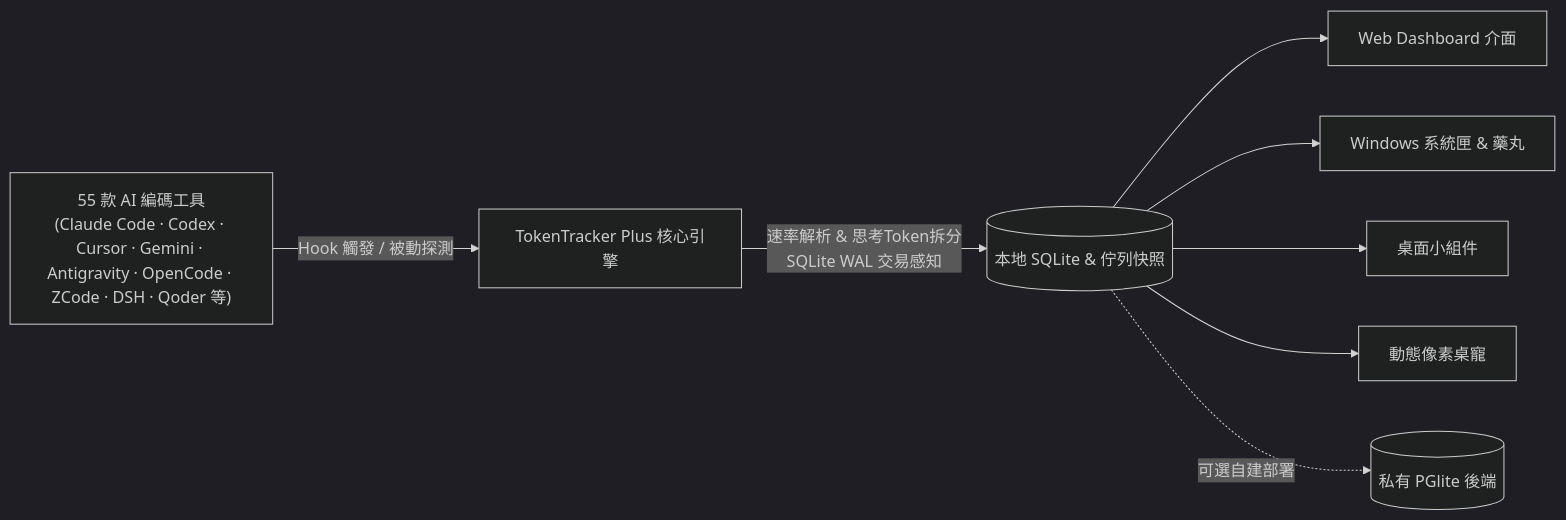
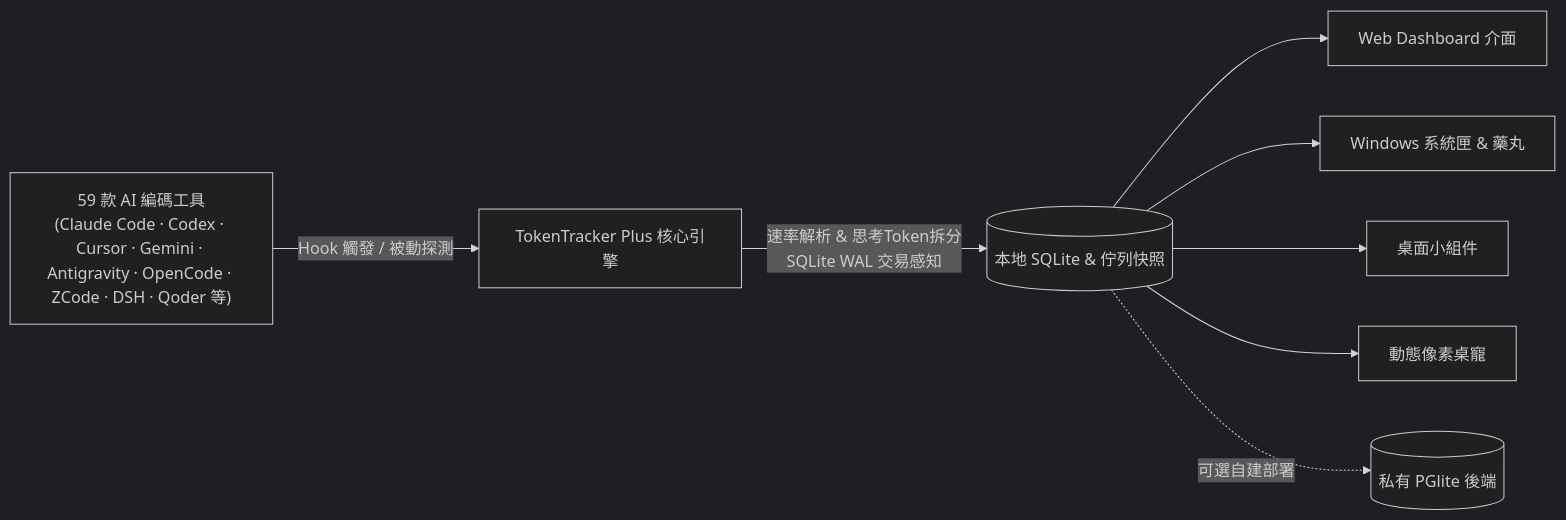
The diagram in README.zh-TW.md (01UNCLEDOG01/TokenTracker-Plus), drawn with Mermaid (dark theme) before and after one commit. The commit also changed other lines of this file and 24 other files, not shown here.

````diff
--- a/README.zh-TW.md
+++ b/README.zh-TW.md
@@ -260,10 +264,10 @@
 ```mermaid
 flowchart LR
-    A["55 款 AI 編碼工具<br/>(Claude Code · Codex · Cursor · Gemini · Antigravity · OpenCode · ZCode · DSH · Qoder 等)"] -->|Hook 觸發 / 被動探測| B[TokenTracker Plus 核心引擎]
+    A["59 款 AI 編碼工具<br/>(Claude Code · Codex · Cursor · Gemini · Antigravity · OpenCode · ZCode · DSH · Qoder 等)"] -->|Hook 觸發 / 被動探測| B[TokenTracker Plus 核心引擎]
     B -->|速率解析 & 思考Token拆分<br/>SQLite WAL 交易感知| C[(本地 SQLite & 佇列快照)]
     C --> D[Web Dashboard 介面]
     C --> E[Windows 系統匣 & 藥丸]
     C --> F[桌面小組件]
     C --> G[動態像素桌寵]
     C -.->|可選自建部署| H[(私有 PGlite 後端)]
 ```
````
